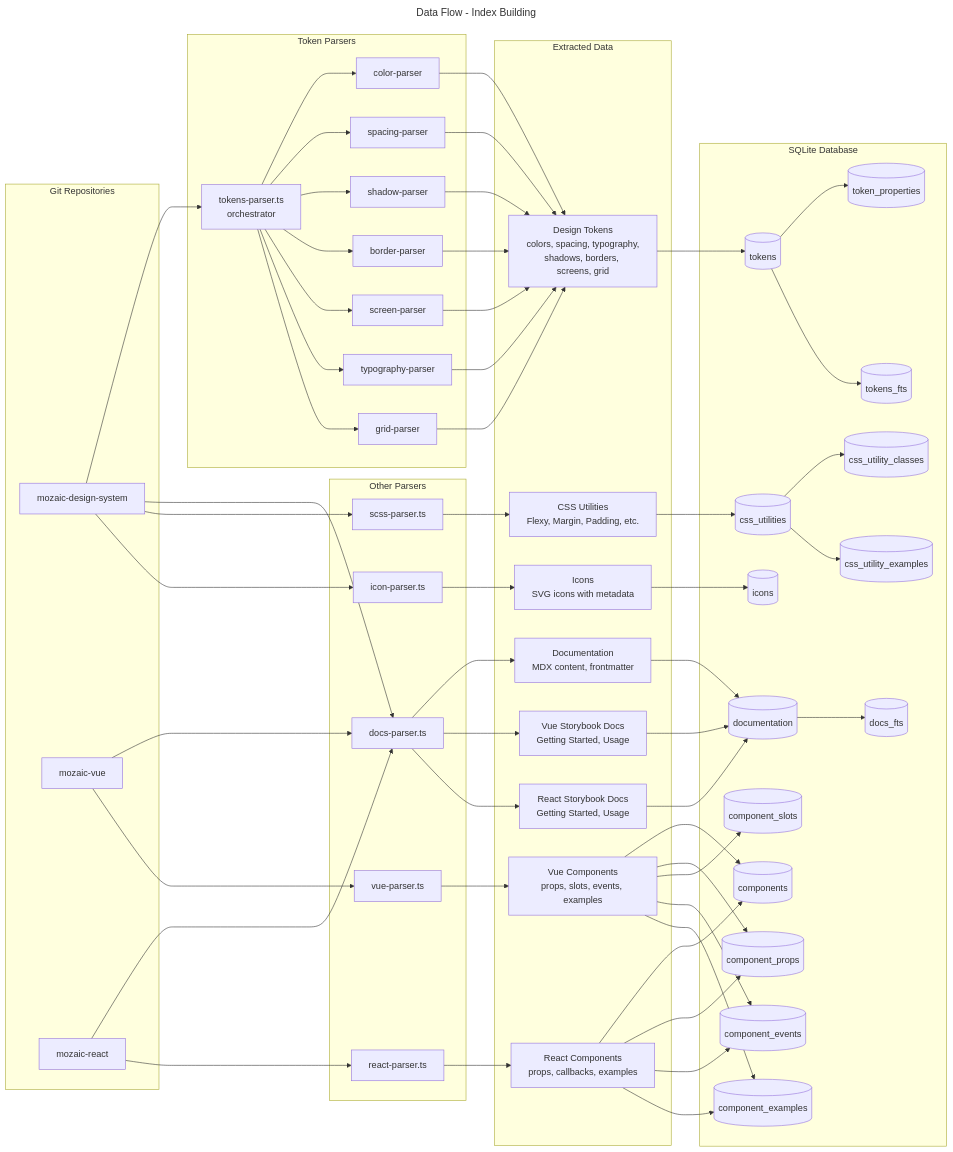
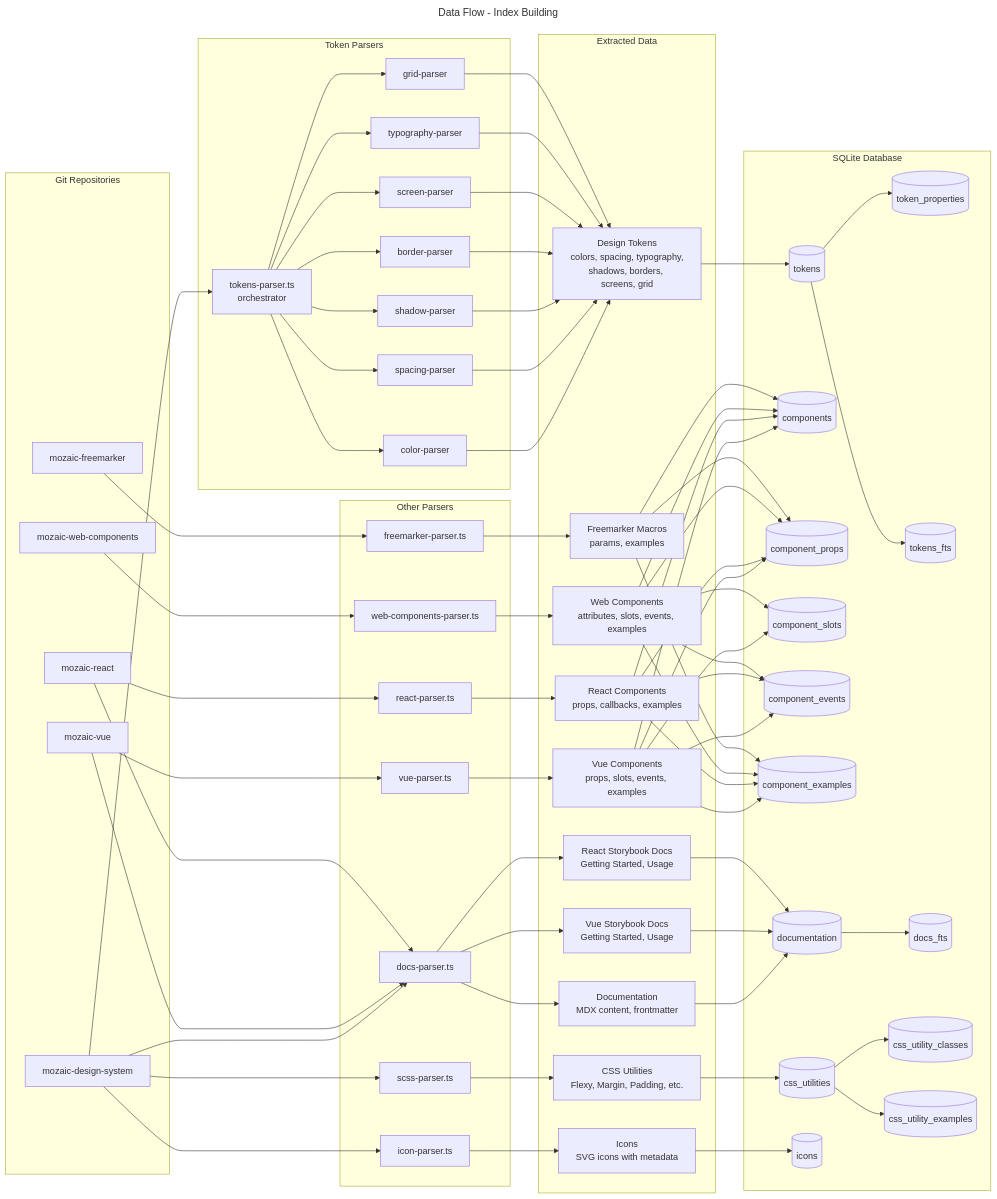
The diagram in docs/assets/dataflow.mmd (MerzoukeMansouri/adeo-mozaic-mcp), drawn with Mermaid before and after one commit. The commit also changed 15 other files, not shown here.

First line of the commit message:
docs: add Web Components and Freemarker repos to data-flow diagram

```diff
--- a/docs/assets/dataflow.mmd
+++ b/docs/assets/dataflow.mmd
@@ -1,74 +1,85 @@
 ---
 title: Data Flow - Index Building
 ---
 flowchart LR
     subgraph Repos["Git Repositories"]
         R1[mozaic-design-system]
         R2[mozaic-vue]
         R3[mozaic-react]
+        R4[mozaic-web-components]
+        R5[mozaic-freemarker]
     end
 
     subgraph TokenParsers["Token Parsers"]
         TP[tokens-parser.ts<br/>orchestrator]
         TP1[color-parser]
         TP2[spacing-parser]
         TP3[shadow-parser]
         TP4[border-parser]
         TP5[screen-parser]
         TP6[typography-parser]
         TP7[grid-parser]
     end
 
     subgraph OtherParsers["Other Parsers"]
         P2[vue-parser.ts]
         P3[react-parser.ts]
         P4[docs-parser.ts]
         P5[scss-parser.ts]
         P6[icon-parser.ts]
+        P7[web-components-parser.ts]
+        P8[freemarker-parser.ts]
     end
 
     subgraph Data["Extracted Data"]
         D1[Design Tokens<br/>colors, spacing, typography,<br/>shadows, borders, screens, grid]
         D2[Vue Components<br/>props, slots, events, examples]
         D4V[Vue Storybook Docs<br/>Getting Started, Usage]
         D4R[React Storybook Docs<br/>Getting Started, Usage]
         D3[React Components<br/>props, callbacks, examples]
         D4[Documentation<br/>MDX content, frontmatter]
         D5[CSS Utilities<br/>Flexy, Margin, Padding, etc.]
         D6[Icons<br/>SVG icons with metadata]
+        D7[Web Components<br/>attributes, slots, events, examples]
+        D8[Freemarker Macros<br/>params, examples]
     end
 
     subgraph DB["SQLite Database"]
         T1[(tokens)]
         T1P[(token_properties)]
         T1F[(tokens_fts)]
         T2[(components)]
         T3[(component_props)]
         T4[(component_slots)]
         T5[(component_events)]
         T6[(component_examples)]
         T7[(documentation)]
         T8[(docs_fts)]
         CU[(css_utilities)]
         CUC[(css_utility_classes)]
         CUE[(css_utility_examples)]
         IC[(icons)]
     end
 
     R1 --> TP
     TP --> TP1 & TP2 & TP3 & TP4 & TP5 & TP6 & TP7
     TP1 & TP2 & TP3 & TP4 & TP5 & TP6 & TP7 --> D1
     D1 --> T1
     T1 --> T1P & T1F
 
     R1 --> P4 --> D4 --> T7 --> T8
     R1 --> P5 --> D5 --> CU
     CU --> CUC & CUE
     R2 --> P4 --> D4V --> T7
     R3 --> P4 --> D4R --> T7
     R2 --> P2 --> D2 --> T2
     R3 --> P3 --> D3 --> T2
 
     D2 --> T3 & T4 & T5 & T6
     D3 --> T3 & T5 & T6
     R1 --> P6 --> D6 --> IC
+
+    R4 --> P7 --> D7 --> T2
+    D7 --> T3 & T4 & T5 & T6
+    R5 --> P8 --> D8 --> T2
+    D8 --> T3 & T6
```
